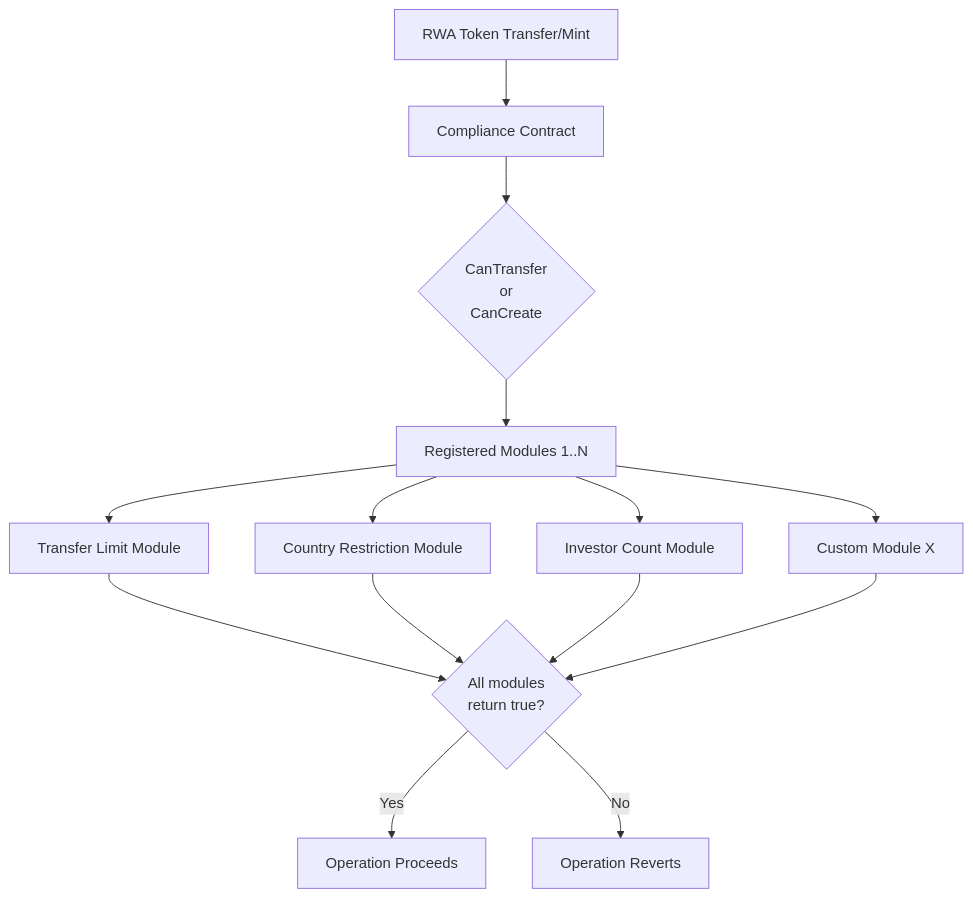
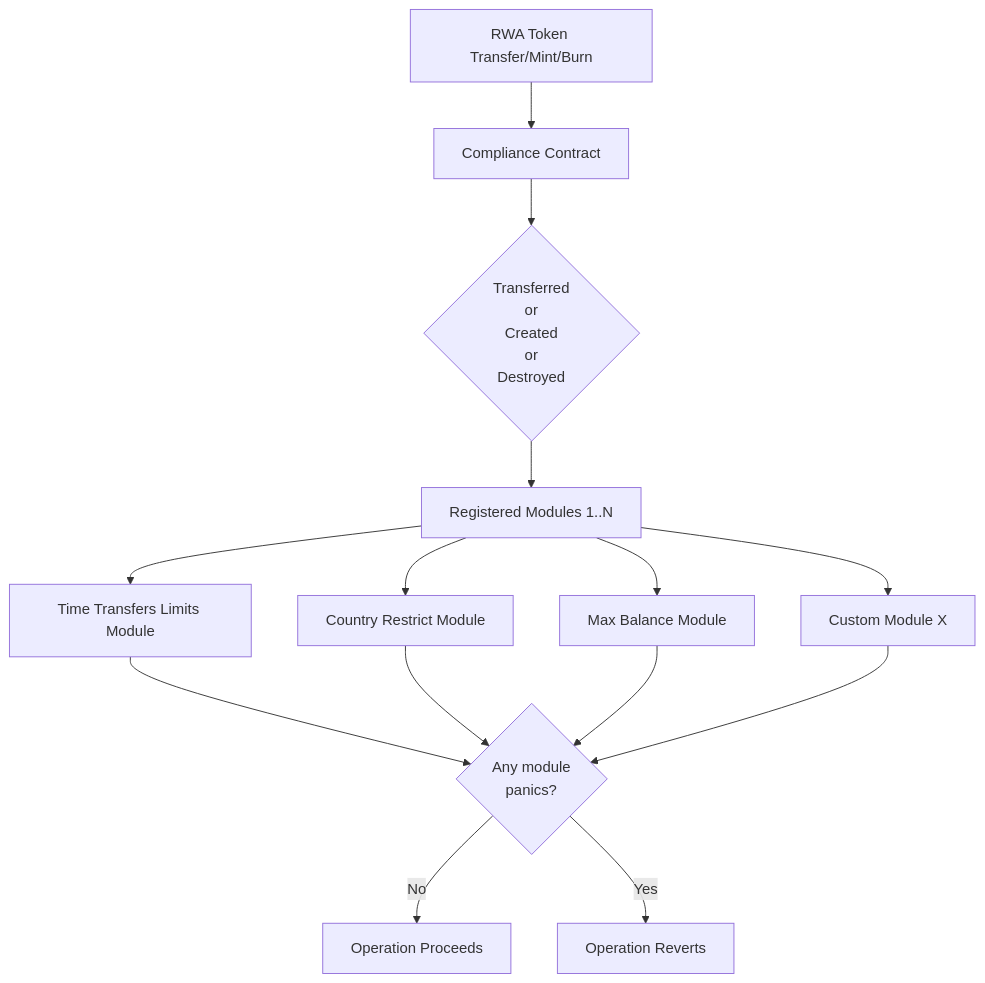
The second of 4 diagrams in content/stellar-contracts/tokens/rwa/rwa.mdx (OpenZeppelin/docs), drawn with Mermaid before and after one commit. The commit also changed other lines of this file and 20 other files, not shown here.

````diff
--- a/content/stellar-contracts/tokens/rwa/rwa.mdx
+++ b/content/stellar-contracts/tokens/rwa/rwa.mdx
@@ -277,16 +490,16 @@
 ```mermaid
 graph TD
-    A[RWA Token Transfer/Mint] --> B[Compliance Contract]
-    B --> C{CanTransfer<br/>or<br/>CanCreate}
+    A[RWA Token Transfer/Mint/Burn] --> B[Compliance Contract]
+    B --> C{Transferred<br/>or<br/>Created<br/>or<br/>Destroyed}
     C --> D[Registered Modules 1..N]
-    D --> E[Transfer Limit Module]
-    D --> F[Country Restriction Module]
-    D --> G[Investor Count Module]
+    D --> E[Time Transfers Limits Module]
+    D --> F[Country Restrict Module]
+    D --> G[Max Balance Module]
     D --> H[Custom Module X]
-    E --> I{All modules<br/>return true?}
+    E --> I{Any module<br/>panics?}
     F --> I
     G --> I
     H --> I
-    I -->|Yes| J[Operation Proceeds]
-    I -->|No| K[Operation Reverts]
+    I -->|No| J[Operation Proceeds]
+    I -->|Yes| K[Operation Reverts]
 ```
````
